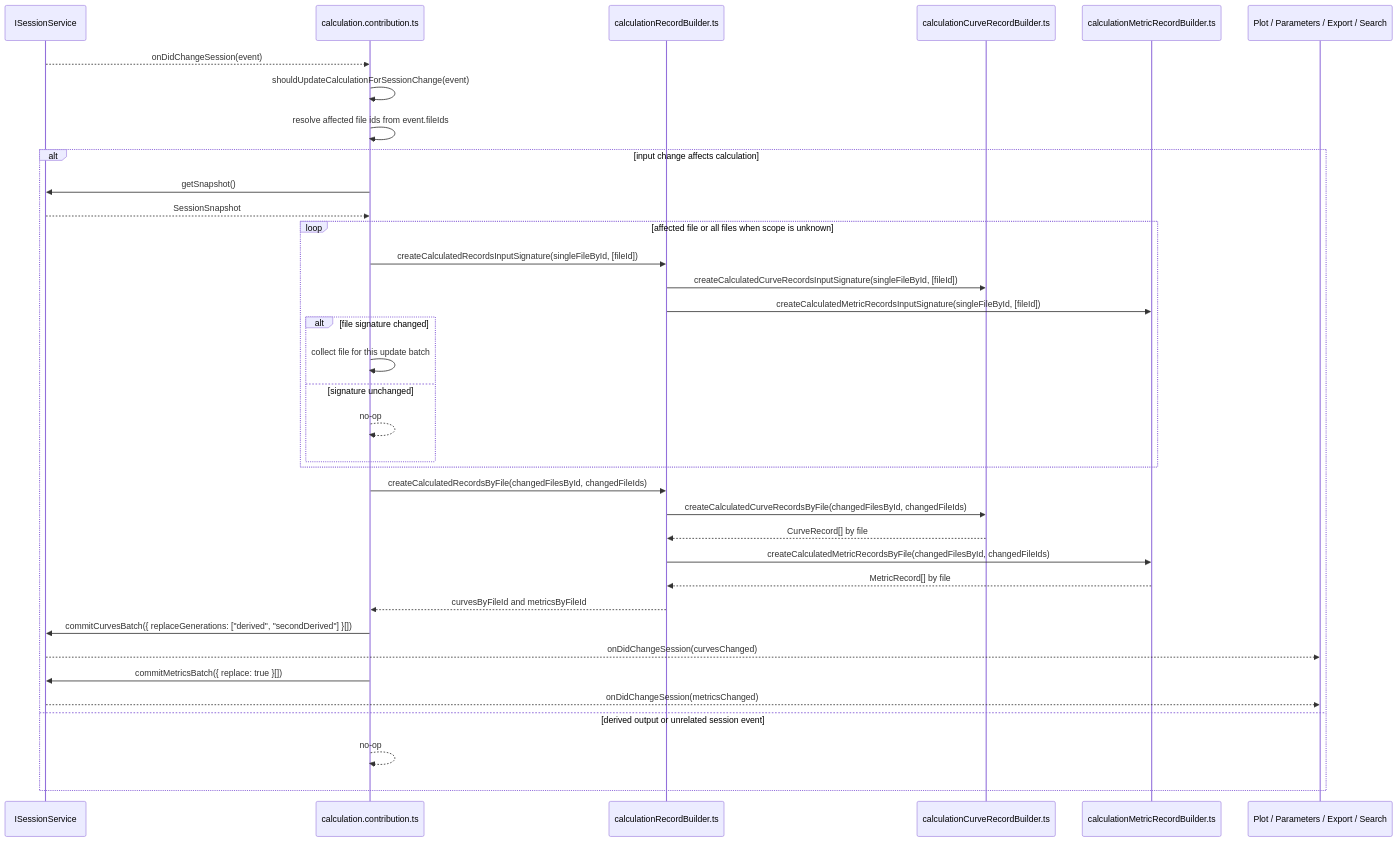
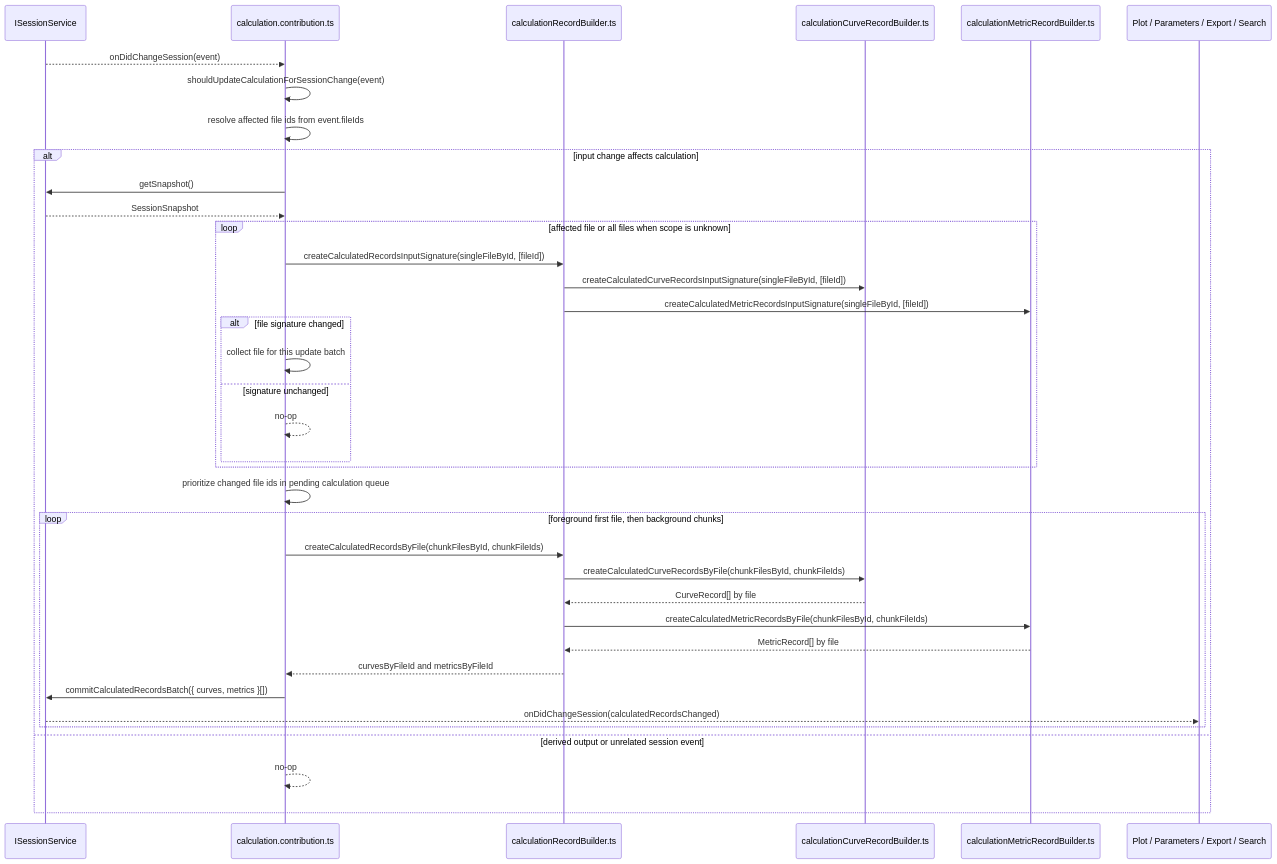
Before and after one commit to chogng/conductor: the second of 2 diagrams in .github/instructions/calculation.instructions.md, drawn with Mermaid. The commit also changed other lines of this file and 15 other files, not shown here.

Commit message:
Batch calculated record commits by prioritized file chunks

````diff
--- a/.github/instructions/calculation.instructions.md
+++ b/.github/instructions/calculation.instructions.md
@@ -73,39 +73,40 @@
 ```mermaid
 sequenceDiagram
     participant Session as ISessionService
     participant Contribution as calculation.contribution.ts
     participant Records as calculationRecordBuilder.ts
     participant Curves as calculationCurveRecordBuilder.ts
     participant Metrics as calculationMetricRecordBuilder.ts
     participant Consumers as Plot / Parameters / Export / Search
 
     Session-->>Contribution: onDidChangeSession(event)
     Contribution->>Contribution: shouldUpdateCalculationForSessionChange(event)
     Contribution->>Contribution: resolve affected file ids from event.fileIds
     alt input change affects calculation
         Contribution->>Session: getSnapshot()
         Session-->>Contribution: SessionSnapshot
         loop affected file or all files when scope is unknown
             Contribution->>Records: createCalculatedRecordsInputSignature(singleFileById, [fileId])
             Records->>Curves: createCalculatedCurveRecordsInputSignature(singleFileById, [fileId])
             Records->>Metrics: createCalculatedMetricRecordsInputSignature(singleFileById, [fileId])
             alt file signature changed
             Contribution->>Contribution: collect file for this update batch
         else signature unchanged
             Contribution-->>Contribution: no-op
         end
         end
-        Contribution->>Records: createCalculatedRecordsByFile(changedFilesById, changedFileIds)
-        Records->>Curves: createCalculatedCurveRecordsByFile(changedFilesById, changedFileIds)
-        Curves-->>Records: CurveRecord[] by file
-        Records->>Metrics: createCalculatedMetricRecordsByFile(changedFilesById, changedFileIds)
-        Metrics-->>Records: MetricRecord[] by file
-        Records-->>Contribution: curvesByFileId and metricsByFileId
-        Contribution->>Session: commitCurvesBatch({ replaceGenerations: ["derived", "secondDerived"] }[])
-        Session-->>Consumers: onDidChangeSession(curvesChanged)
-        Contribution->>Session: commitMetricsBatch({ replace: true }[])
-        Session-->>Consumers: onDidChangeSession(metricsChanged)
+        Contribution->>Contribution: prioritize changed file ids in pending calculation queue
+        loop foreground first file, then background chunks
+            Contribution->>Records: createCalculatedRecordsByFile(chunkFilesById, chunkFileIds)
+            Records->>Curves: createCalculatedCurveRecordsByFile(chunkFilesById, chunkFileIds)
+            Curves-->>Records: CurveRecord[] by file
+            Records->>Metrics: createCalculatedMetricRecordsByFile(chunkFilesById, chunkFileIds)
+            Metrics-->>Records: MetricRecord[] by file
+            Records-->>Contribution: curvesByFileId and metricsByFileId
+            Contribution->>Session: commitCalculatedRecordsBatch({ curves, metrics }[])
+            Session-->>Consumers: onDidChangeSession(calculatedRecordsChanged)
+        end
     else derived output or unrelated session event
         Contribution-->>Contribution: no-op
     end
 ```
````
